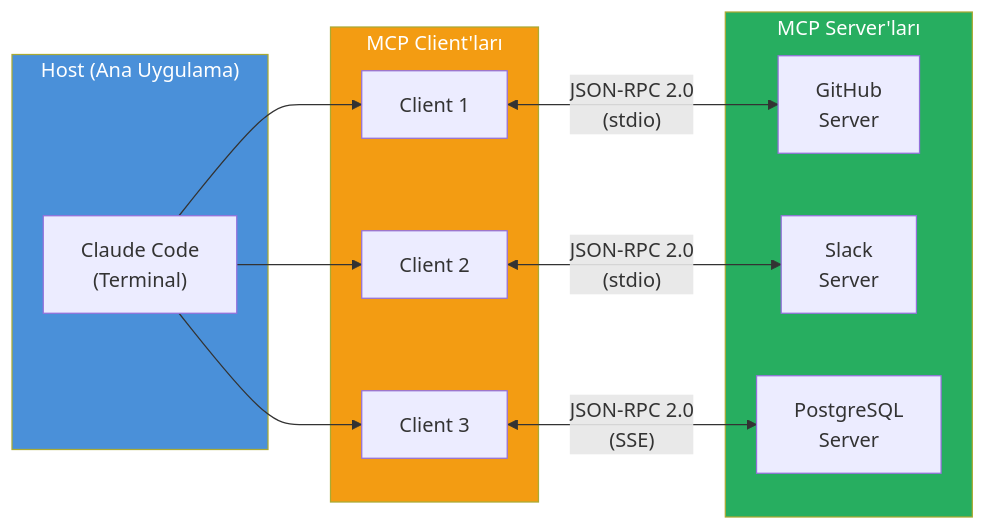
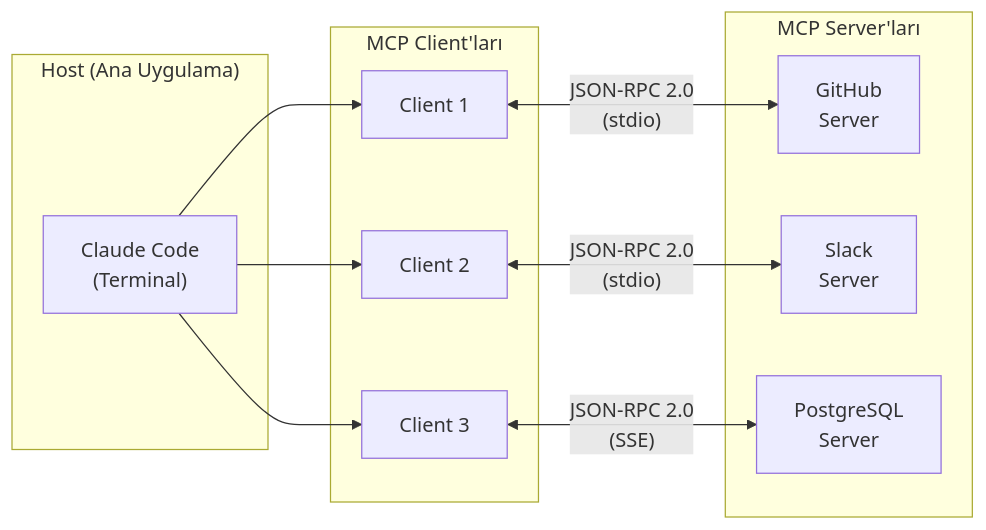
One commit to IzzetYasinAtes/ClaudeCodeHandbook changed the fourth of 8 diagrams in 11-mcp/01-mcp-nedir.md. Above: the diagram before and after it, drawn with Mermaid. The commit also changed other lines of this file and 97 other files, not shown here.

Commit message:
Remove all custom Mermaid style/fill colors from 98 markdown files for consistent dark theme rendering

````diff
--- a/11-mcp/01-mcp-nedir.md
+++ b/11-mcp/01-mcp-nedir.md
@@ -130,30 +127,27 @@
 ```mermaid
 flowchart LR
     subgraph host ["Host (Ana Uygulama)"]
         H["Claude Code<br/>(Terminal)"]
     end
 
     subgraph clients ["MCP Client'ları"]
         C1["Client 1"]
         C2["Client 2"]
         C3["Client 3"]
     end
 
     subgraph servers ["MCP Server'ları"]
         S1["GitHub<br/>Server"]
         S2["Slack<br/>Server"]
         S3["PostgreSQL<br/>Server"]
     end
 
     H --> C1
     H --> C2
     H --> C3
 
     C1 <-->|"JSON-RPC 2.0<br/>(stdio)"| S1
     C2 <-->|"JSON-RPC 2.0<br/>(stdio)"| S2
     C3 <-->|"JSON-RPC 2.0<br/>(SSE)"| S3
 
-    style host fill:#4A90D9,color:#fff
-    style clients fill:#F39C12,color:#fff
-    style servers fill:#27AE60,color:#fff
 ```
````
